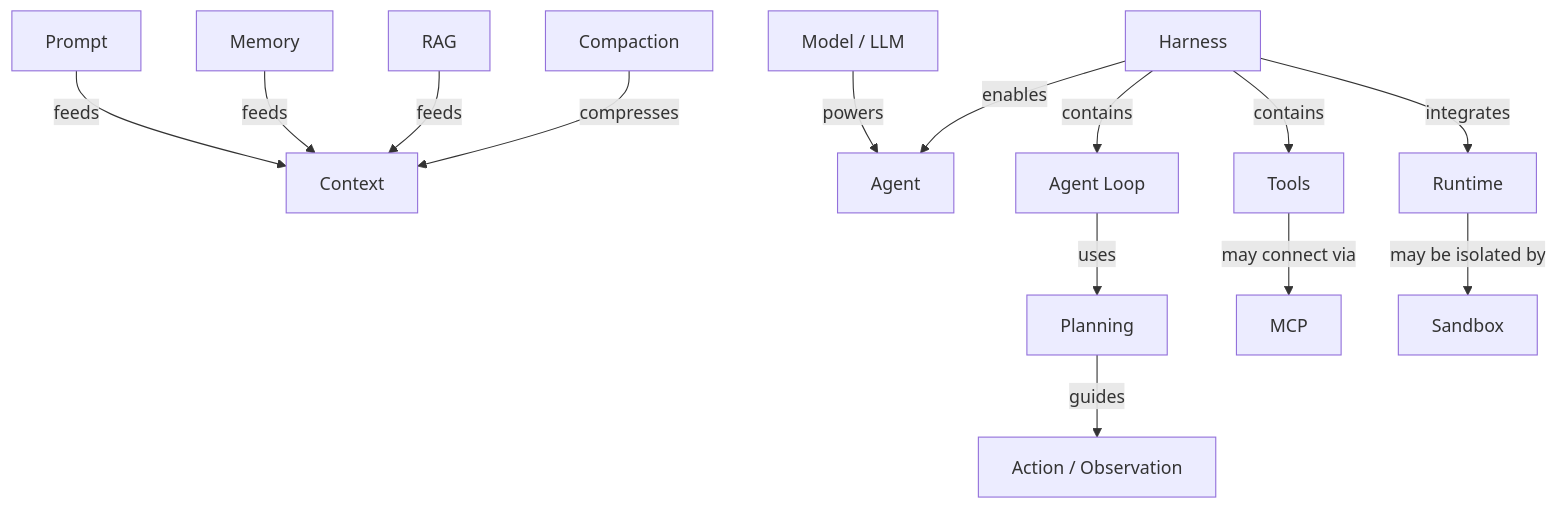
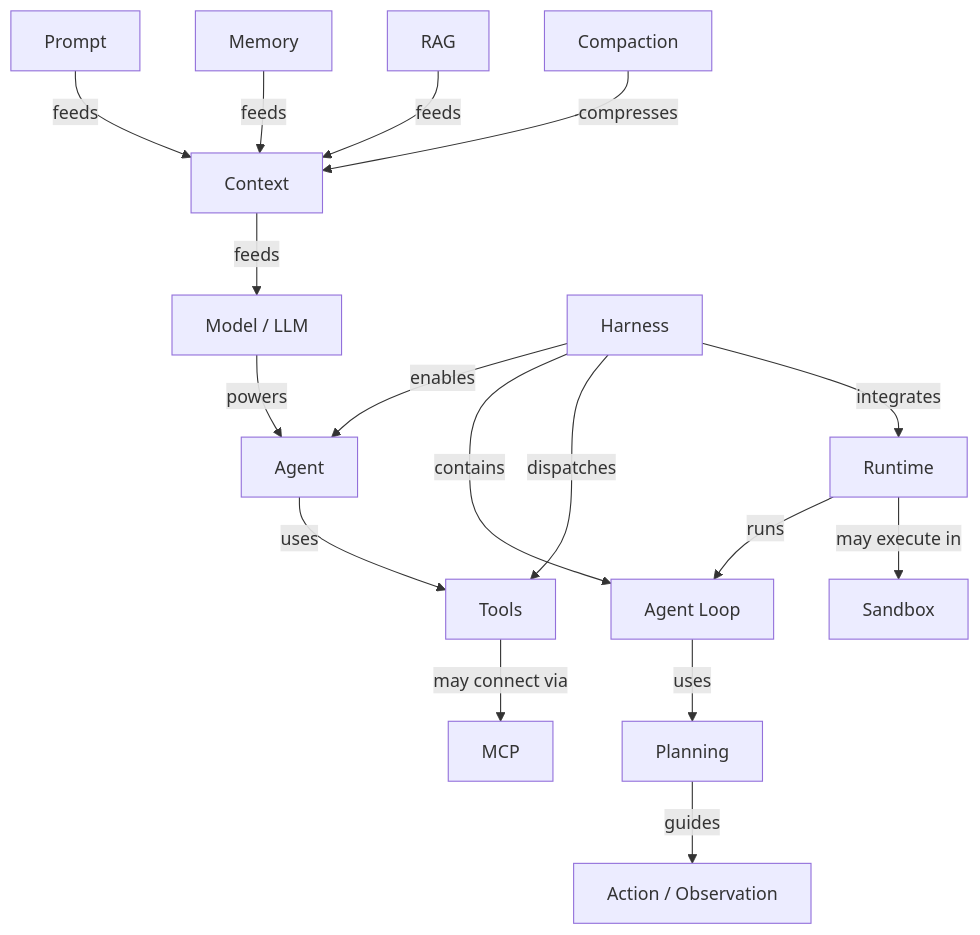
Before and after one commit to wanxiao2018/agent-atlas: the diagram in docs/concept-map.md, drawn with Mermaid. The commit also changed other lines of this file and 30 other files, not shown here.

````diff
--- a/docs/concept-map.md
+++ b/docs/concept-map.md
@@ -42,34 +42,37 @@
 ```mermaid
 graph TB
     Prompt[Prompt] -->|feeds| Context[Context]
     Memory[Memory] -->|feeds| Context
     RAG[RAG] -->|feeds| Context
     Compaction[Compaction] -->|compresses| Context
 
-    Model[Model / LLM] -->|powers| Agent[Agent]
+    Context -->|feeds| Model[Model / LLM]
+    Model -->|powers| Agent[Agent]
     Harness[Harness] -->|enables| Agent
+    Agent -->|uses| Tools[Tools]
 
     Harness -->|contains| AgentLoop[Agent Loop]
-    Harness -->|contains| Tools[Tools]
+    Harness -->|dispatches| Tools
     Harness -->|integrates| Runtime[Runtime]
+    Runtime -->|runs| AgentLoop
 
     AgentLoop -->|uses| Planning[Planning]
     Planning -->|guides| ActionObservation[Action / Observation]
     Tools -->|may connect via| MCP[MCP]
-    Runtime -->|may be isolated by| Sandbox[Sandbox]
+    Runtime -->|may execute in| Sandbox[Sandbox]
 
     click Prompt "../01-foundations/prompt/" "打开 Prompt"
     click Context "../05-context-memory/context-engineering/" "打开 Context Engineering"
     click Memory "../05-context-memory/memory/" "打开 Memory"
     click RAG "../05-context-memory/rag/" "打开 RAG"
     click Model "../01-foundations/llm/" "打开 LLM"
     click Agent "../01-foundations/agent/" "打开 Agent"
     click Harness "../03-infrastructure/harness/" "打开 Harness"
     click AgentLoop "../02-agent-core/agent-loop/" "打开 Agent Loop"
     click Tools "../04-tools/tool-calling/" "打开 Tool Calling"
     click Runtime "../03-infrastructure/runtime/" "打开 Runtime"
     click Planning "../02-agent-core/planning/" "打开 Planning"
     click MCP "../04-tools/mcp/" "打开 MCP"
     click Sandbox "../03-infrastructure/sandbox/" "打开 Sandbox"
     click ActionObservation "../02-agent-core/action-observation/" "打开 Action / Observation"
 ```
````
